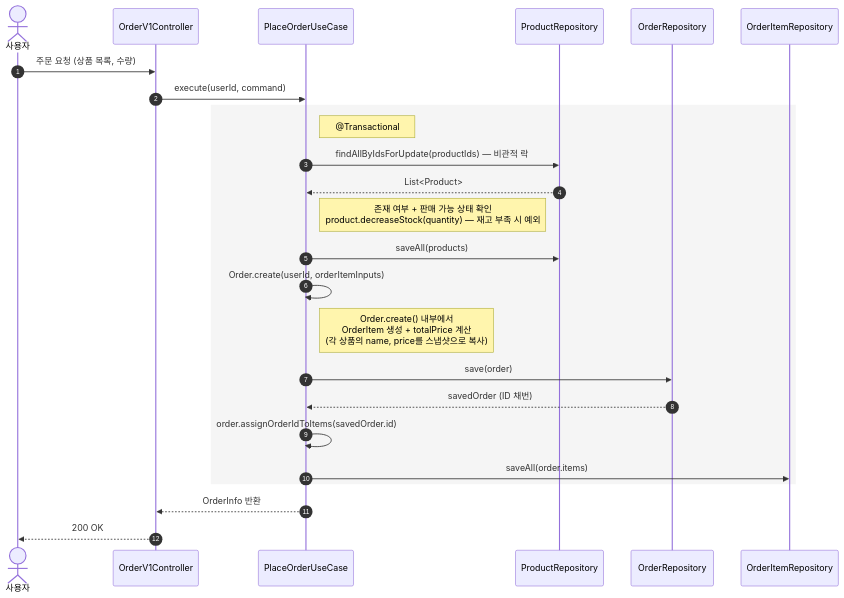
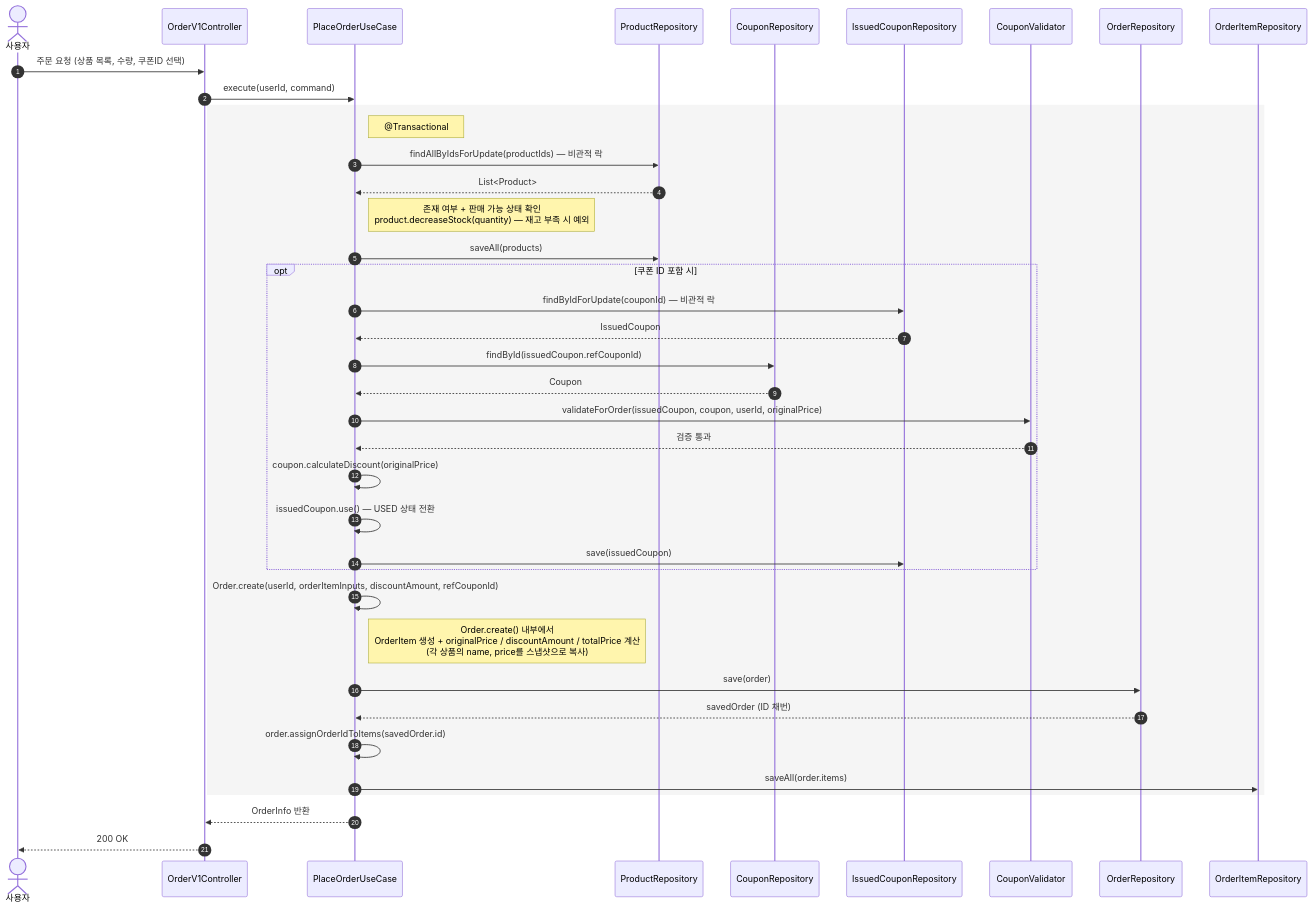
Diagram 19 of 30 in docs/design/02-sequence-diagrams.md (Loopers-dev-lab/loop-pack-be-l2-vol3-kotlin), drawn with Mermaid before and after one commit. The commit also changed other lines of this file and 5 other files, not shown here.

````diff
--- a/docs/design/02-sequence-diagrams.md
+++ b/docs/design/02-sequence-diagrams.md
@@ -557,31 +557,46 @@
 ```mermaid
 sequenceDiagram
     autonumber
     actor User as 사용자
     participant C as OrderV1Controller
     participant UC as PlaceOrderUseCase
     participant PR as ProductRepository
+    participant CR as CouponRepository
+    participant ICR as IssuedCouponRepository
+    participant CV as CouponValidator
     participant OR as OrderRepository
     participant OIR as OrderItemRepository
-    User ->> C: 주문 요청 (상품 목록, 수량)
+    User ->> C: 주문 요청 (상품 목록, 수량, 쿠폰ID 선택)
     C ->> UC: execute(userId, command)
 
     rect rgb(245, 245, 245)
         Note right of UC: @Transactional
     %% 1단계: 상품 유효성 확인 + 재고 차감
         UC ->> PR: findAllByIdsForUpdate(productIds) — 비관적 락
         PR -->> UC: List<Product>
         Note right of UC: 존재 여부 + 판매 가능 상태 확인<br/>product.decreaseStock(quantity) — 재고 부족 시 예외
         UC ->> PR: saveAll(products)
-    %% 2단계: 주문 생성
-        UC ->> UC: Order.create(userId, orderItemInputs)
-        Note right of UC: Order.create() 내부에서<br/>OrderItem 생성 + totalPrice 계산<br/>(각 상품의 name, price를 스냅샷으로 복사)
+    %% 2단계: 쿠폰 검증 + 사용 처리 (쿠폰 ID가 있는 경우)
+        opt 쿠폰 ID 포함 시
+            UC ->> ICR: findByIdForUpdate(couponId) — 비관적 락
+            ICR -->> UC: IssuedCoupon
+            UC ->> CR: findById(issuedCoupon.refCouponId)
+            CR -->> UC: Coupon
+            UC ->> CV: validateForOrder(issuedCoupon, coupon, userId, originalPrice)
+            CV -->> UC: 검증 통과
+            UC ->> UC: coupon.calculateDiscount(originalPrice)
+            UC ->> UC: issuedCoupon.use() — USED 상태 전환
+            UC ->> ICR: save(issuedCoupon)
+        end
+    %% 3단계: 주문 생성
+        UC ->> UC: Order.create(userId, orderItemInputs, discountAmount, refCouponId)
+        Note right of UC: Order.create() 내부에서<br/>OrderItem 생성 + originalPrice / discountAmount / totalPrice 계산<br/>(각 상품의 name, price를 스냅샷으로 복사)
         UC ->> OR: save(order)
         OR -->> UC: savedOrder (ID 채번)
         UC ->> UC: order.assignOrderIdToItems(savedOrder.id)
         UC ->> OIR: saveAll(order.items)
     end
 
     UC -->> C: OrderInfo 반환
     C -->> User: 200 OK
 ```
````
